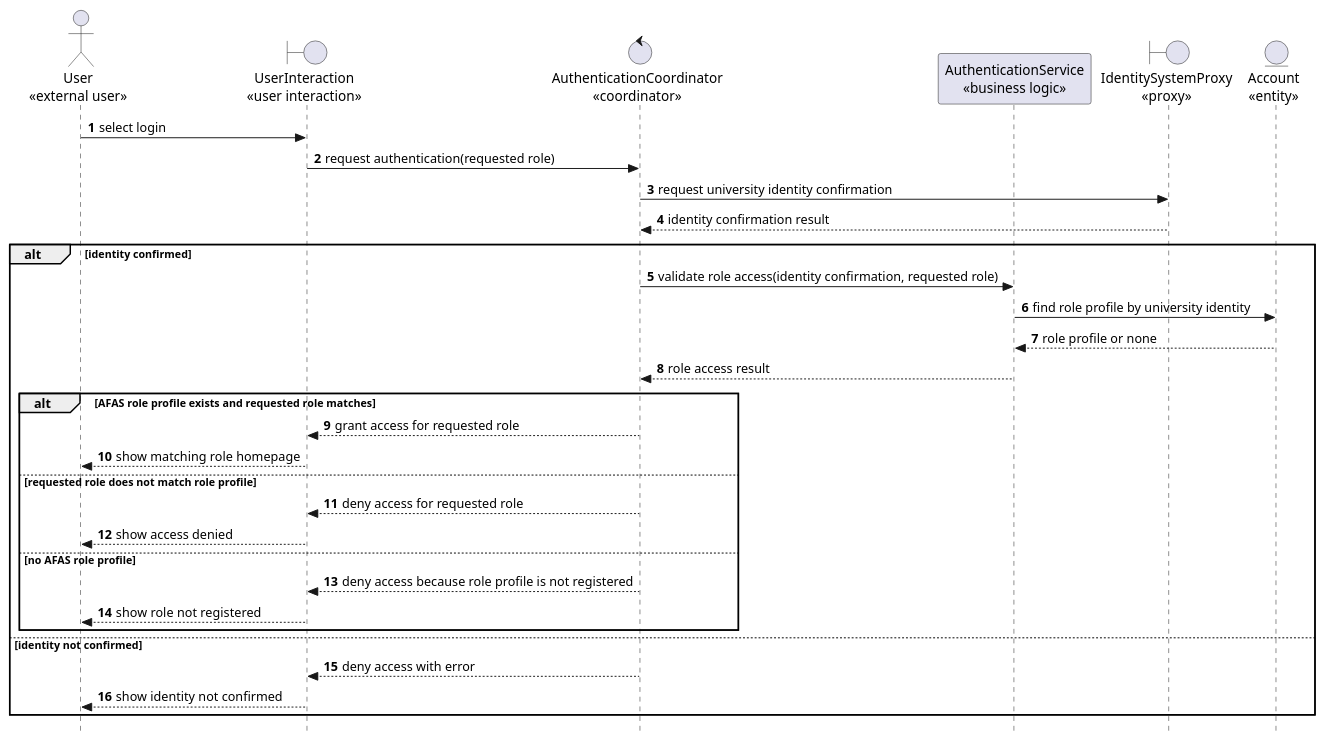
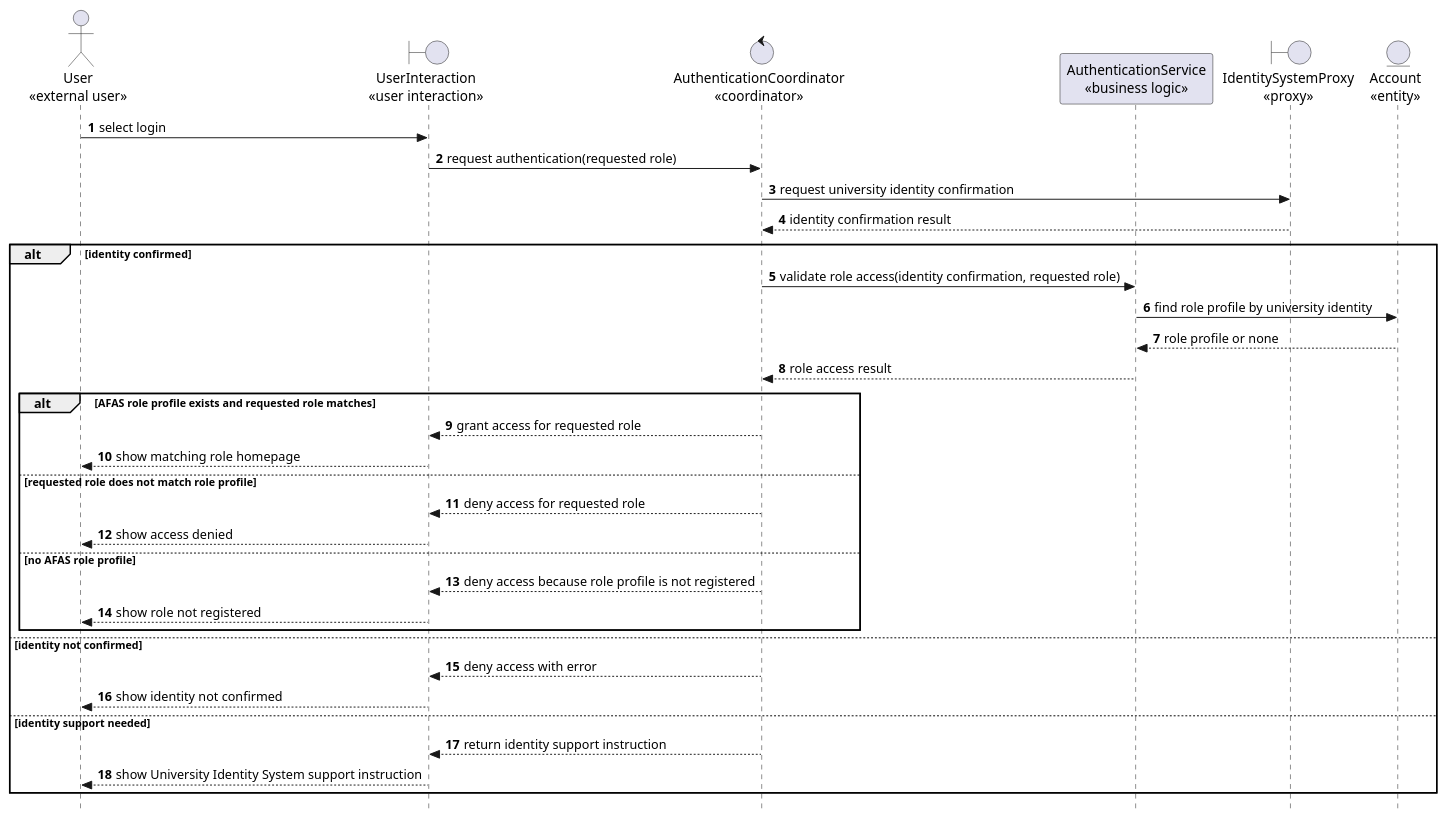
Before and after one commit to nttung42/SWD392: the seventh of 29 diagrams in docs/sds/2_Analysis.md, drawn with PlantUML. The commit also changed other lines of this file and 1 other file, not shown here.

````diff
--- a/docs/sds/2_Analysis.md
+++ b/docs/sds/2_Analysis.md
@@ -346,38 +346,41 @@
 ```plantuml
 @startuml
 skinparam style strictuml
 autonumber
 actor "User\n«external user»" as User
 boundary "UserInteraction\n«user interaction»" as AccessUI
 control "AuthenticationCoordinator\n«coordinator»" as AuthControl
 participant "AuthenticationService\n«business logic»" as AuthRules
 boundary "IdentitySystemProxy\n«proxy»" as UISInterface
 entity "Account\n«entity»" as Account
 
 User -> AccessUI : select login
 AccessUI -> AuthControl : request authentication(requested role)
 
 AuthControl -> UISInterface : request university identity confirmation
 UISInterface --> AuthControl : identity confirmation result
 
 alt identity confirmed
   AuthControl -> AuthRules : validate role access(identity confirmation, requested role)
   AuthRules -> Account : find role profile by university identity
   Account --> AuthRules : role profile or none
   AuthRules --> AuthControl : role access result
   alt AFAS role profile exists and requested role matches
     AuthControl --> AccessUI : grant access for requested role
     AccessUI --> User : show matching role homepage
   else requested role does not match role profile
     AuthControl --> AccessUI : deny access for requested role
     AccessUI --> User : show access denied
   else no AFAS role profile
     AuthControl --> AccessUI : deny access because role profile is not registered
     AccessUI --> User : show role not registered
   end
 else identity not confirmed
   AuthControl --> AccessUI : deny access with error
   AccessUI --> User : show identity not confirmed
+else identity support needed
+  AuthControl --> AccessUI : return identity support instruction
+  AccessUI --> User : show University Identity System support instruction
 end
 @enduml
 ```
````
